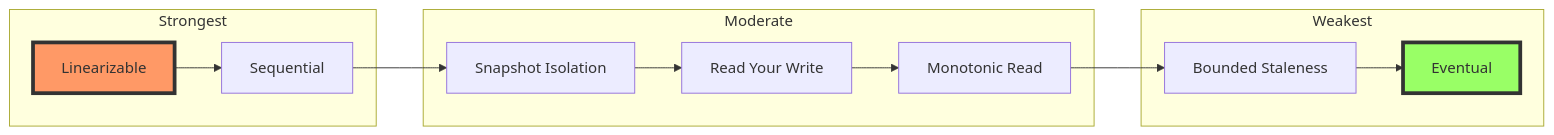
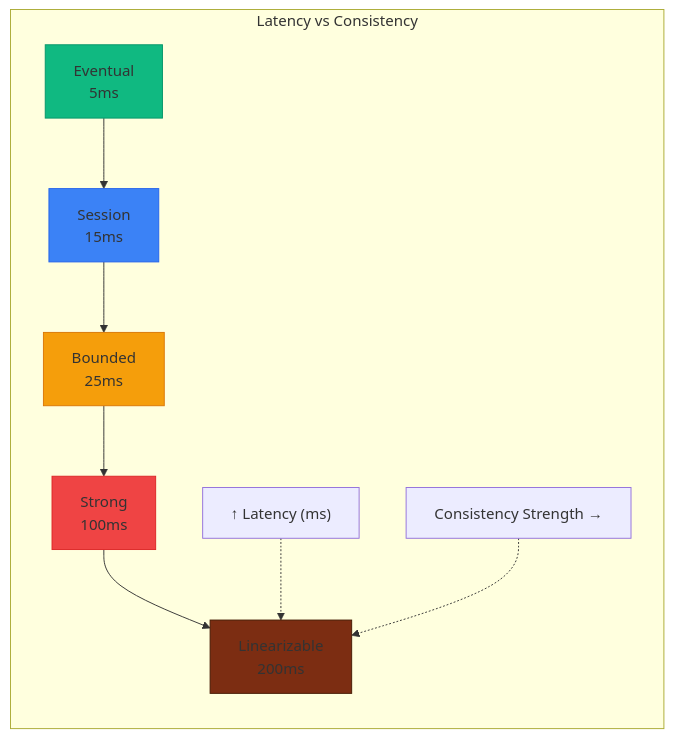
One commit to deepaucksharma/DStudio changed the fourth of 30 diagrams in docs/pattern-library/data-management/tunable-consistency.md. Above: the diagram before and after it, drawn with Mermaid. The commit also changed other lines of this file and 191 other files, not shown here.

````diff
--- a/docs/pattern-library/data-management/tunable-consistency.md
+++ b/docs/pattern-library/data-management/tunable-consistency.md
@@ -145,23 +152,24 @@
 ```mermaid
 graph LR
-    subgraph "Strongest"
-        L[Linearizable]
-        S[Sequential]
+    subgraph "Latency vs Consistency"
+        Y["↑ Latency (ms)"] 
+        X["Consistency Strength →"]
+        
+        E[Eventual<br/>5ms]
+        S[Session<br/>15ms]
+        B[Bounded<br/>25ms]
+        T[Strong<br/>100ms]
+        L[Linearizable<br/>200ms]
+        
+        E --> S --> B --> T --> L
+        
+        Y -.-> L
+        X -.-> L
     end
     
-    subgraph "Moderate"
-        SI[Snapshot Isolation]
-        RYW[Read Your Write]
-        MR[Monotonic Read]
-    end
-    
-    subgraph "Weakest"
-        BS[Bounded Staleness]
-        E[Eventual]
-    end
-    
-    L --> S --> SI --> RYW --> MR --> BS --> E
-    
-    style L fill:#f96,stroke:#333,stroke-width:4px
-    style E fill:#9f6,stroke:#333,stroke-width:4px
+    style E fill:#10b981,stroke:#059669
+    style S fill:#3b82f6,stroke:#2563eb 
+    style B fill:#f59e0b,stroke:#d97706
+    style T fill:#ef4444,stroke:#dc2626
+    style L fill:#7c2d12,stroke:#451a03
 ```
````
